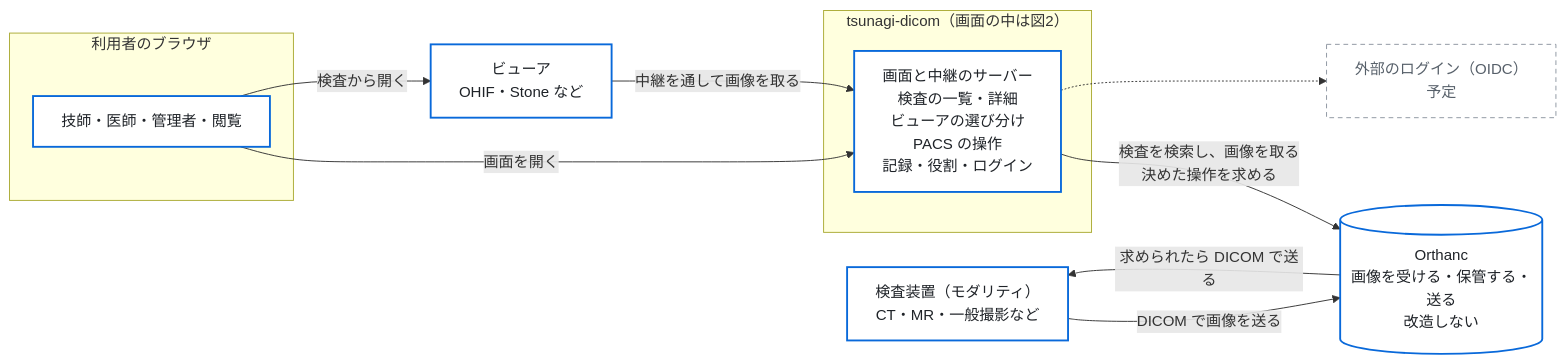
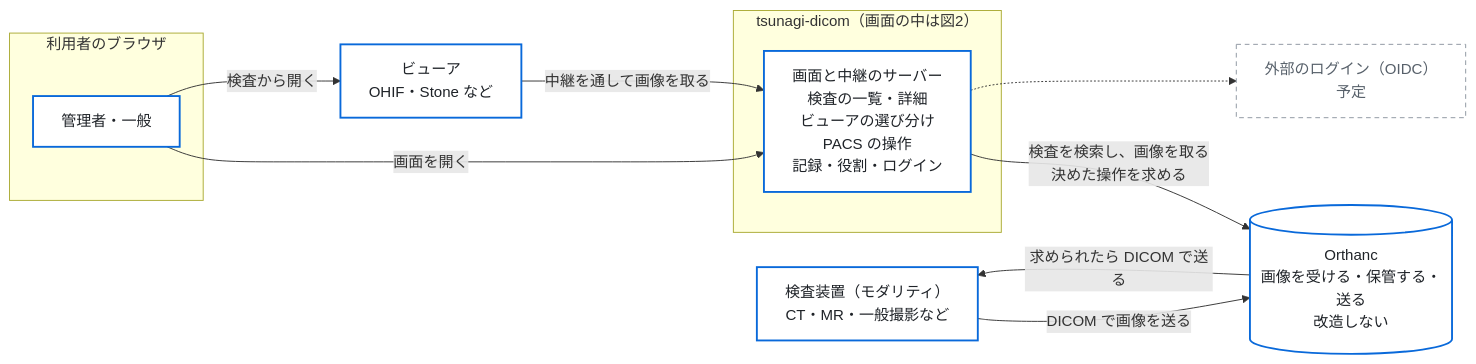
The first of 3 diagrams in README.md (jeysunit/tsunagi-dicom), drawn with Mermaid before and after one commit. The commit also changed other lines of this file and 35 other files, not shown here.

````diff
--- a/README.md
+++ b/README.md
@@ -15,24 +15,24 @@
 ```mermaid
 flowchart LR
   classDef box fill:#ffffff,stroke:#0969da,stroke-width:2px,color:#1f2328
   classDef plan fill:#ffffff,stroke:#8c959f,stroke-dasharray:5 4,color:#57606a
 
   MOD["検査装置（モダリティ）<br/>CT・MR・一般撮影など"]:::box
   PACS[("Orthanc<br/>画像を受ける・保管する・送る<br/>改造しない")]:::box
   subgraph TSUNAGI["tsunagi-dicom（画面の中は図2）"]
     BFF["画面と中継のサーバー<br/>検査の一覧・詳細<br/>ビューアの選び分け<br/>PACS の操作<br/>記録・役割・ログイン"]:::box
   end
   VIEWER["ビューア<br/>OHIF・Stone など"]:::box
   subgraph USERS["利用者のブラウザ"]
-    USER["技師・医師・管理者・閲覧"]:::box
+    USER["管理者・一般"]:::box
   end
   OIDC["外部のログイン（OIDC）<br/>予定"]:::plan
 
   MOD -->|"DICOM で画像を送る"| PACS
   PACS -->|"求められたら DICOM で送る"| MOD
   BFF -->|"検査を検索し、画像を取る<br/>決めた操作を求める"| PACS
   USER -->|"画面を開く"| BFF
   USER -->|"検査から開く"| VIEWER
   VIEWER -->|"中継を通して画像を取る"| BFF
   BFF -.-> OIDC
 ```
````
